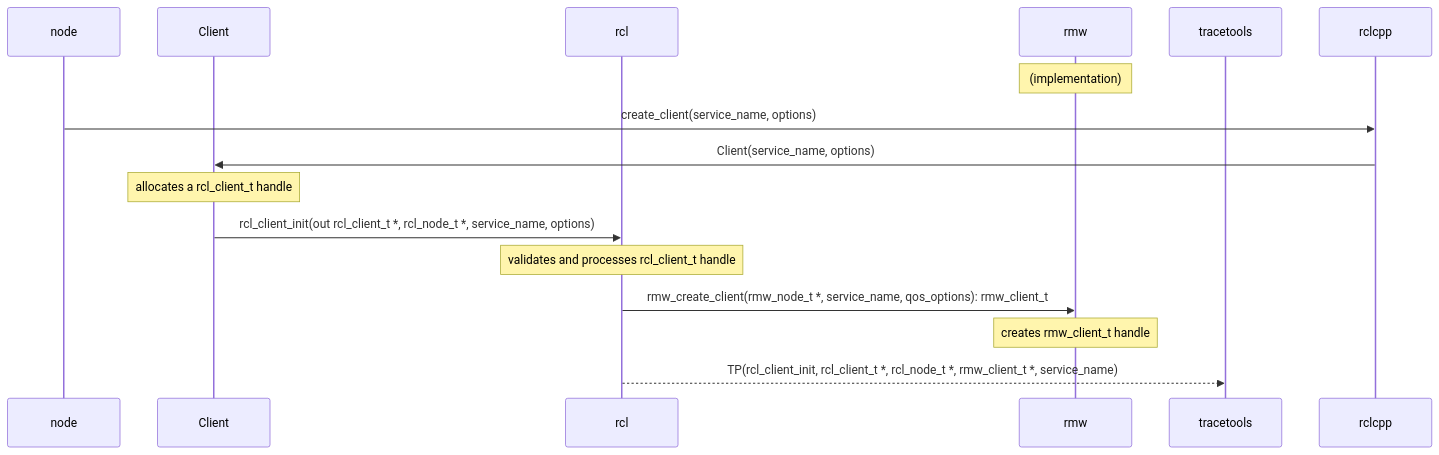
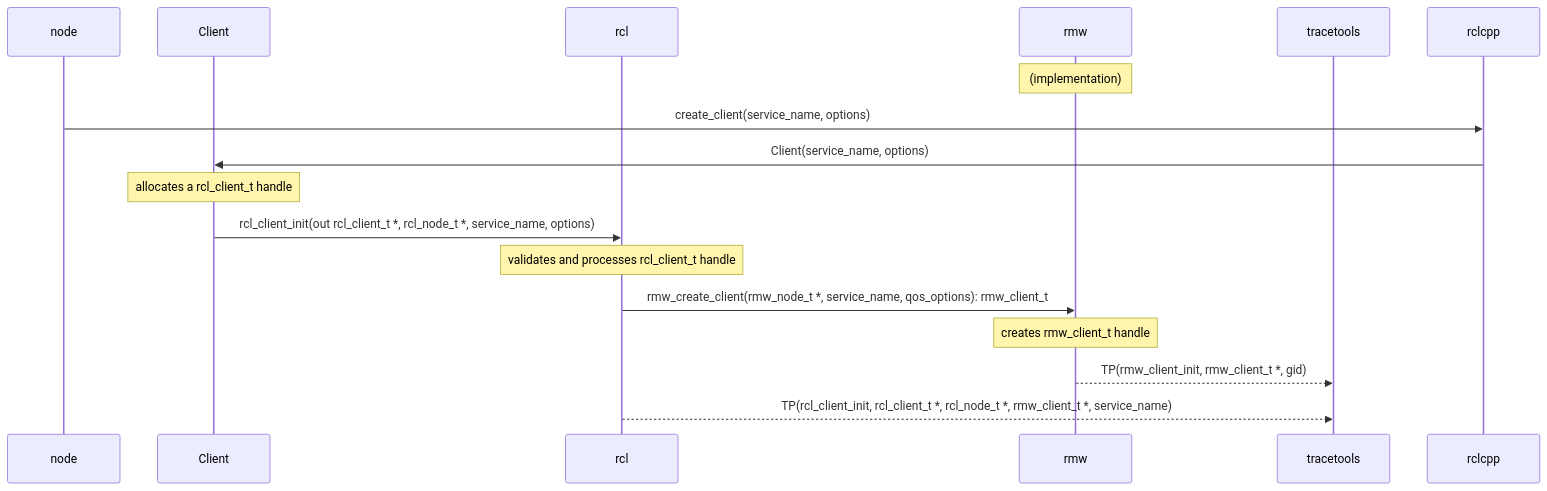
One commit to ros2-gbp/ros2_tracing-release changed diagram 13 of 20 in doc/design_ros_2.md. Above: the diagram before and after it, drawn with Mermaid. The commit also changed other lines of this file and 60 other files, not shown here.

````diff
--- a/doc/design_ros_2.md
+++ b/doc/design_ros_2.md
@@ -675,19 +687,20 @@
 ```mermaid
 sequenceDiagram
     participant node
     participant Client
     participant rcl
     participant rmw
     participant tracetools
 
     Note over rmw: (implementation)
 
     node->>rclcpp: create_client(service_name, options)
     rclcpp->>Client: Client(service_name, options)
     Note over Client: allocates a rcl_client_t handle
     Client->>rcl: rcl_client_init(out rcl_client_t *, rcl_node_t *, service_name, options)
     Note over rcl: validates and processes rcl_client_t handle
     rcl->>rmw: rmw_create_client(rmw_node_t *, service_name, qos_options): rmw_client_t
     Note over rmw: creates rmw_client_t handle
+    rmw-->>tracetools: TP(rmw_client_init, rmw_client_t *, gid)
     rcl-->>tracetools: TP(rcl_client_init, rcl_client_t *, rcl_node_t *, rmw_client_t *, service_name)
 ```
````
